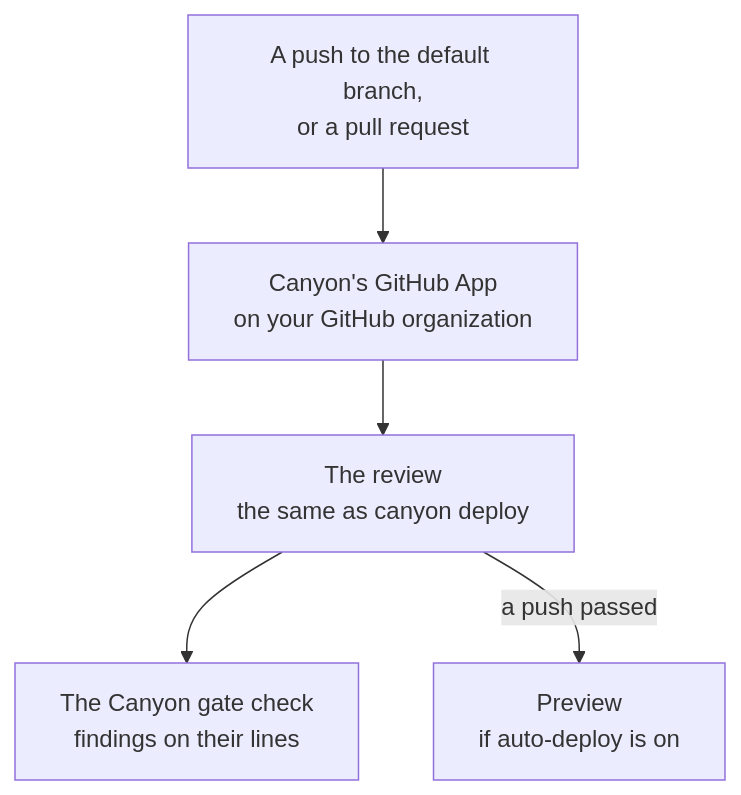
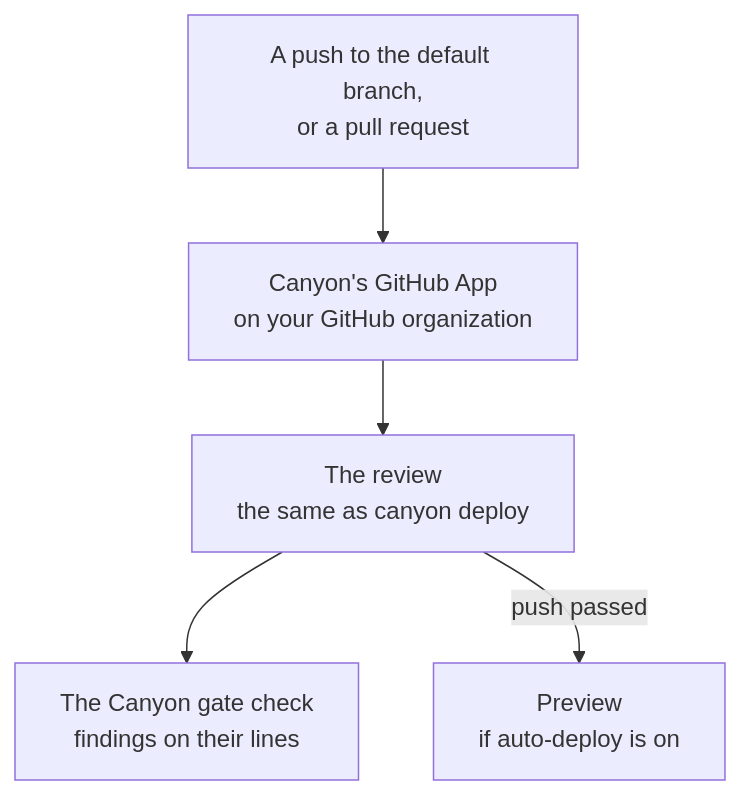
The diagram in docs/src/content/docs/build/github.md (getcanyon-ai/canyon), drawn with Mermaid before and after one commit.

Commit message:
docs: the GitHub App diagram fits a phone's column (#115)

````diff
--- a/docs/src/content/docs/build/github.md
+++ b/docs/src/content/docs/build/github.md
@@ -11,12 +11,12 @@
 ```mermaid title="A push or a pull request on GitHub, reviewed by Canyon"
 flowchart TD
   push["A push to the default branch,<br>or a pull request"]
   app["Canyon's GitHub App<br>on your GitHub organization"]
   review["The review<br>the same as canyon deploy"]:::canyon
   check["The Canyon gate check<br>findings on their lines"]
   preview["Preview<br>if auto-deploy is on"]:::passed
   push --> app
   app --> review
   review --> check
-  review -->|"a push passed"| preview
+  review -->|"push passed"| preview
 ```
````
